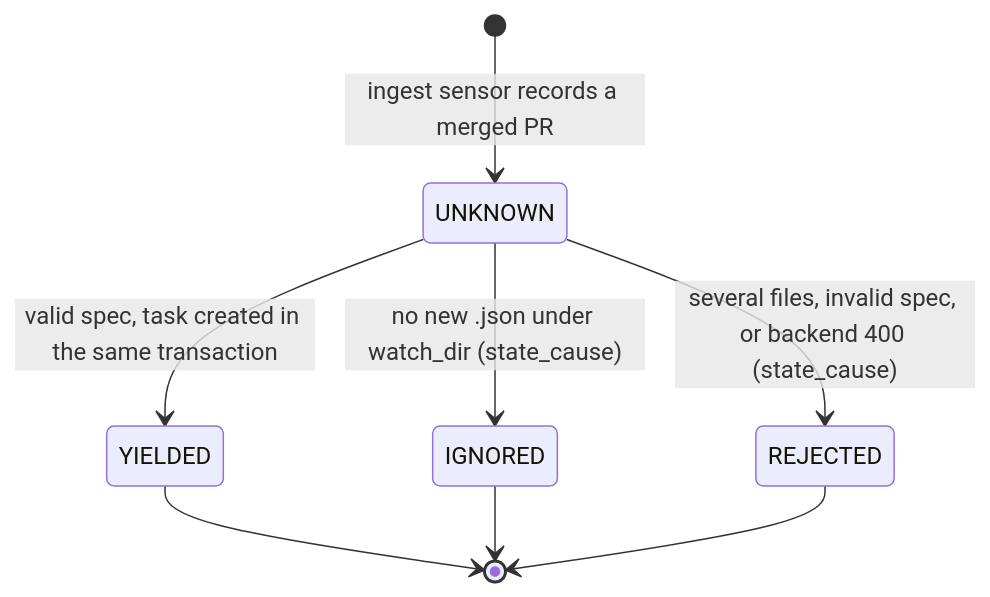
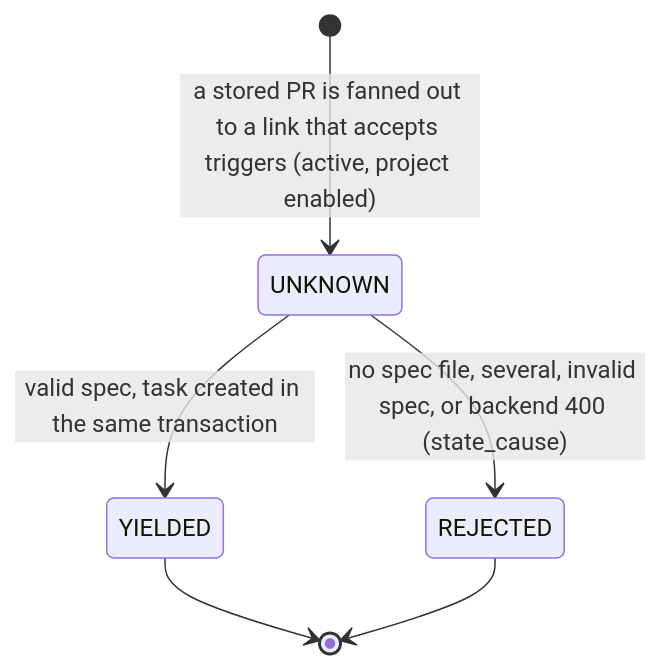
One commit to Aridhia-Open-Source/PHEMS_federated_node changed the third of 5 diagrams in docs/architecture/entities.md. Above: the diagram before and after it, drawn with Mermaid. The commit also changed other lines of this file and 406 other files, not shown here.

````diff
--- a/docs/architecture/entities.md
+++ b/docs/architecture/entities.md
@@ -188,10 +258,8 @@
 ```mermaid
 stateDiagram-v2
-    [*] --> UNKNOWN : ingest sensor records a merged PR
+    [*] --> UNKNOWN : a stored PR is fanned out to a link that accepts triggers (active, project enabled)
     UNKNOWN --> YIELDED : valid spec, task created in the same transaction
-    UNKNOWN --> IGNORED : no new .json under watch_dir (state_cause)
-    UNKNOWN --> REJECTED : several files, invalid spec, or backend 400 (state_cause)
+    UNKNOWN --> REJECTED : no spec file, several, invalid spec, or backend 400 (state_cause)
     YIELDED --> [*]
-    IGNORED --> [*]
     REJECTED --> [*]
 ```
````
